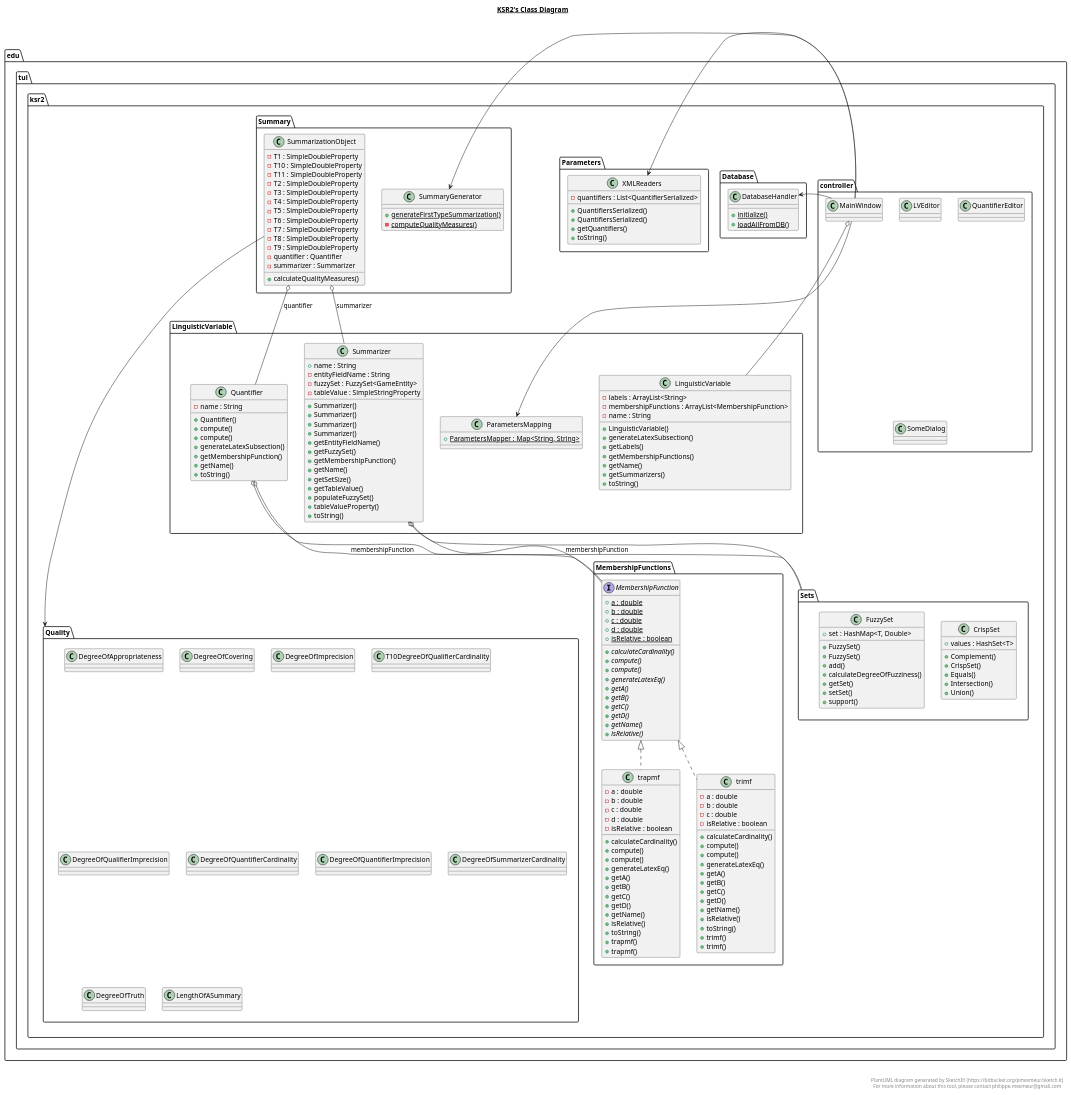
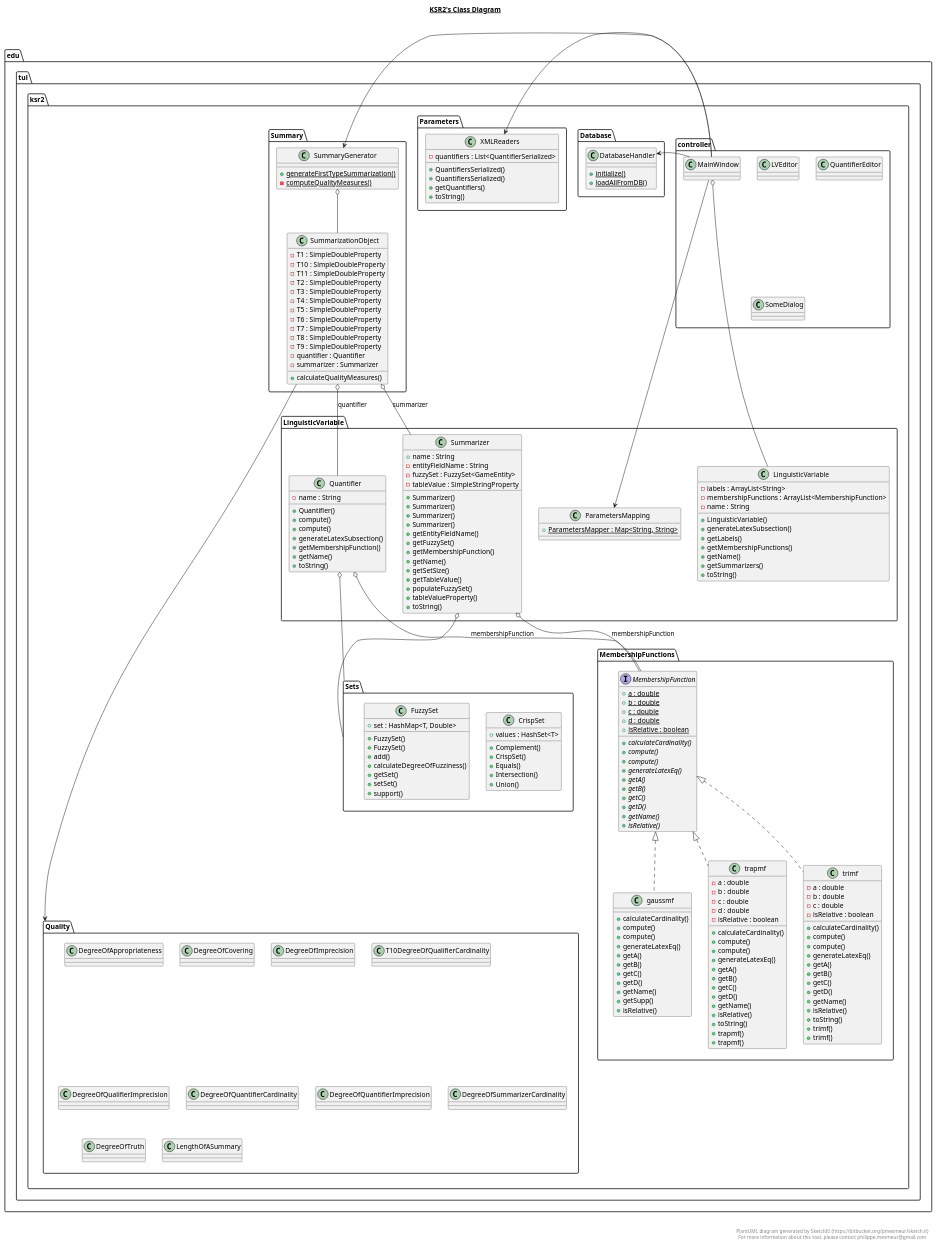
One commit to Kjawo/KSR2 changed the diagram in KSR2-git.plantuml. Above: the diagram before and after it, drawn with PlantUML. The commit also changed 1 other file, not shown here.

```diff
--- a/KSR2-git.plantuml
+++ b/KSR2-git.plantuml
@@ -140,6 +140,19 @@
                       {abstract} + isRelative()
                   }
 
+                class edu.tul.ksr2.MembershipFunctions.gaussmf {
+                                                     + calculateCardinality()
+                                                     + compute()
+                                                     + compute()
+                                                     + generateLatexEq()
+                                                     + getA()
+                                                     + getB()
+                                                     + getC()
+                                                     + getD()
+                                                     + getName()
+                                                     + getSupp()
+                                                     + isRelative()
+                                                 }
 
                   class edu.tul.ksr2.MembershipFunctions.trapmf {
                       - a : double
@@ -245,6 +258,7 @@
 
   edu.tul.ksr2.Summary.SummarizationObject -> edu.tul.ksr2.Quality
   edu.tul.ksr2.controller.MainWindow o-- edu.tul.ksr2.LinguisticVariable.LinguisticVariable
+  edu.tul.ksr2.Summary.SummaryGenerator o-- edu.tul.ksr2.Summary.SummarizationObject
   edu.tul.ksr2.controller.MainWindow -> edu.tul.ksr2.Summary.SummaryGenerator
   edu.tul.ksr2.controller.MainWindow -> edu.tul.ksr2.LinguisticVariable.ParametersMapping
   edu.tul.ksr2.controller.MainWindow -> edu.tul.ksr2.Parameters.XMLReaders
@@ -255,6 +269,7 @@
   edu.tul.ksr2.LinguisticVariable.Summarizer o-- edu.tul.ksr2.MembershipFunctions.MembershipFunction : membershipFunction
   edu.tul.ksr2.MembershipFunctions.trapmf .up.|> edu.tul.ksr2.MembershipFunctions.MembershipFunction
   edu.tul.ksr2.MembershipFunctions.trimf .up.|> edu.tul.ksr2.MembershipFunctions.MembershipFunction
+  edu.tul.ksr2.MembershipFunctions.gaussmf .up.|> edu.tul.ksr2.MembershipFunctions.MembershipFunction
   edu.tul.ksr2.Summary.SummarizationObject o-- edu.tul.ksr2.LinguisticVariable.Quantifier : quantifier
   edu.tul.ksr2.Summary.SummarizationObject o-- edu.tul.ksr2.LinguisticVariable.Summarizer : summarizer
 '  edu.tul.ksr2.application.PrimaryStageInitializer .up.|> org.springframework.context.ApplicationListener
@@ -262,7 +277,7 @@
 '  edu.tul.ksr2.application.StageReadyEvent -up-|> org.springframework.context.ApplicationEvent
 
 'ComponentA -[hidden]-> ComponentC
-edu.tul.ksr2.LinguisticVariable -[hidden]-> edu.tul.ksr2.Quality
+edu.tul.ksr2.MembershipFunctions -[hidden]-> edu.tul.ksr2.Quality
 'edu.tul.ksr2.LinguisticVariable -[hidden]-> edu.tul.ksr2.Parameters
 'edu.tul.ksr2.Parameters -[hidden]-> edu.tul.ksr2.controller
 
```
